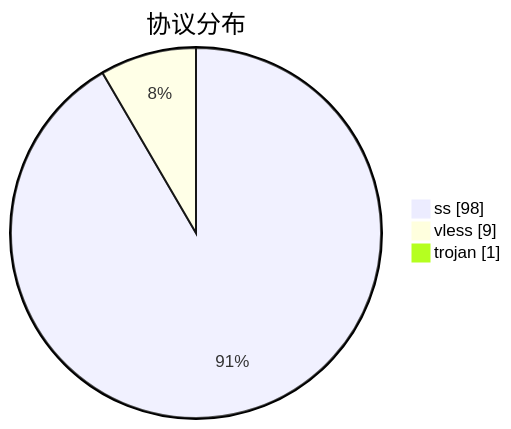
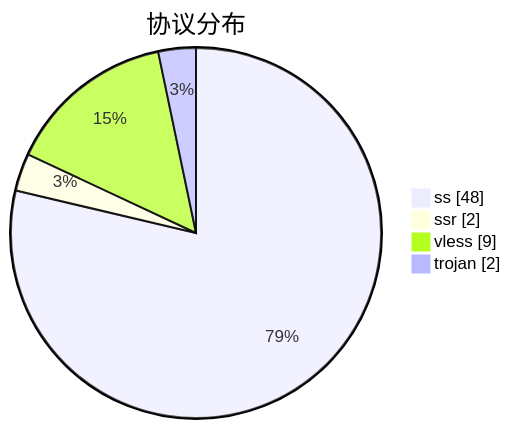
The third of 3 diagrams in subs/statistics/tested_within.md (qjlxg/airport), drawn with Mermaid before and after one commit. The commit also changed other lines of this file and 2 other files, not shown here.

````diff
--- a/subs/statistics/tested_within.md
+++ b/subs/statistics/tested_within.md
@@ -28,7 +26,8 @@
 ```mermaid
 pie showData
 title 协议分布
-"ss" : 98
+"ss" : 48
+"ssr" : 2
 "vless" : 9
-"trojan" : 1
+"trojan" : 2
 ```
````
